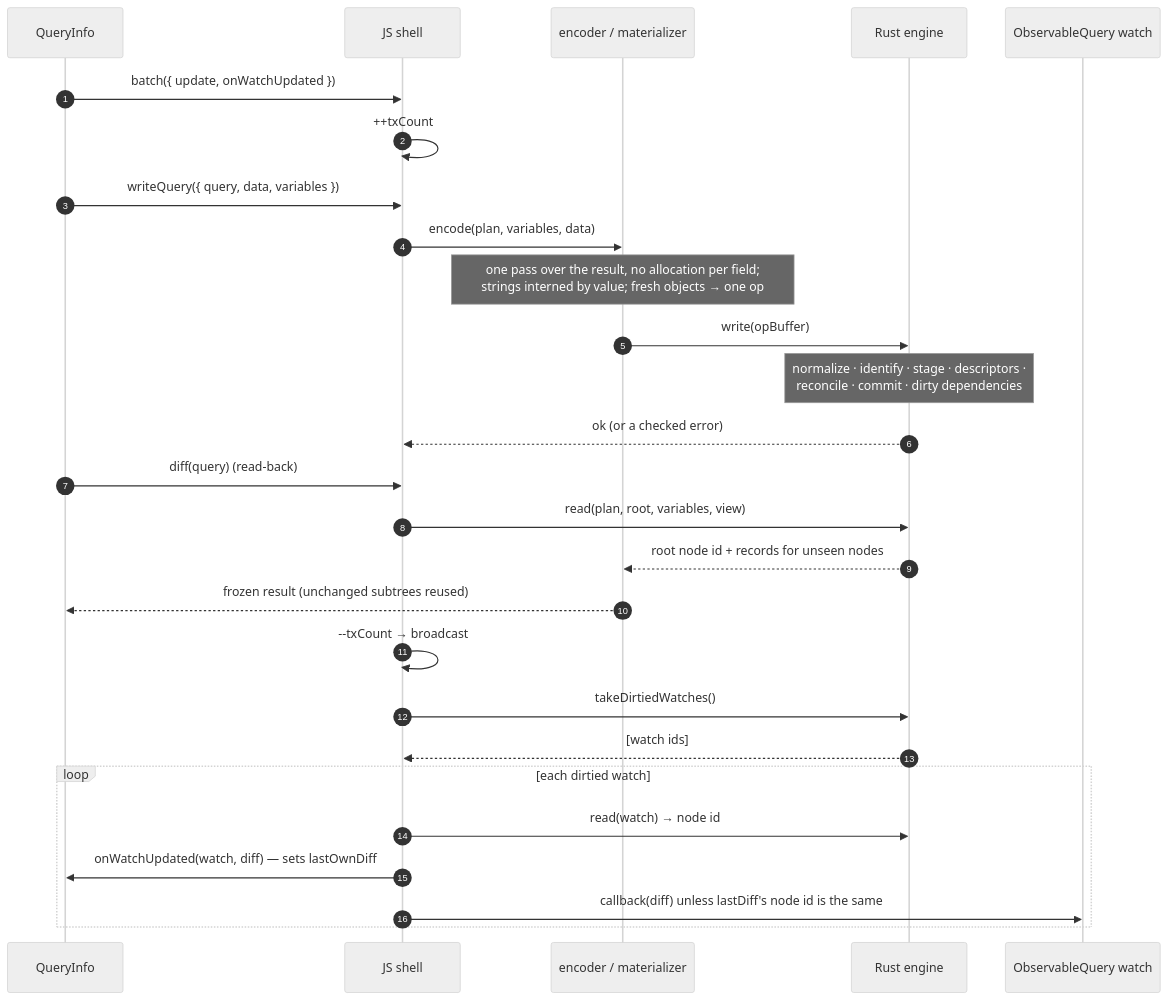
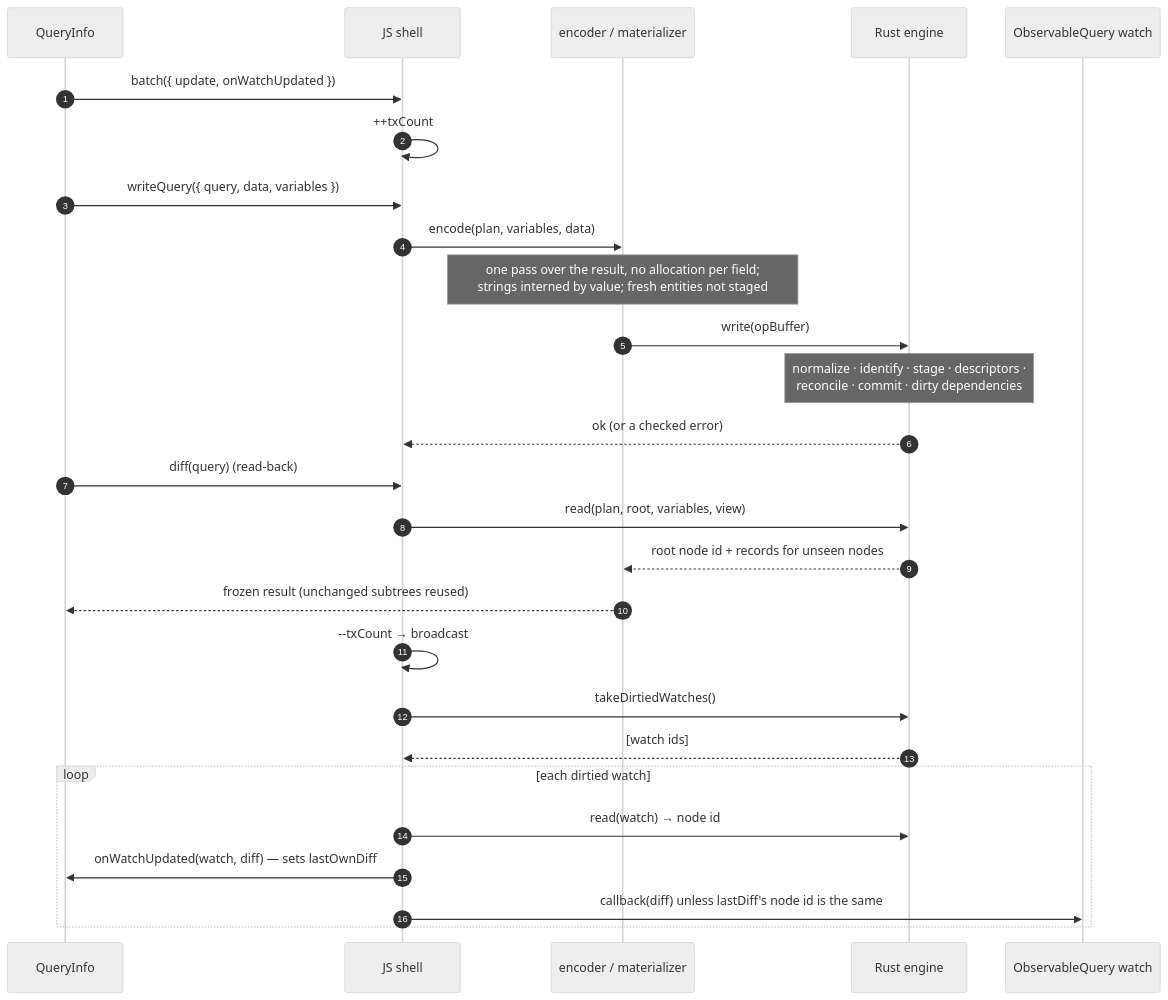
The second of 2 diagrams in docs/adr/0004-declarative-policies-rust-engine.md (convict-git/fast-gql-cache-rs), drawn with Mermaid (neutral theme) before and after one commit. The commit also changed other lines of this file and 3 other files, not shown here.

````diff
--- a/docs/adr/0004-declarative-policies-rust-engine.md
+++ b/docs/adr/0004-declarative-policies-rust-engine.md
@@ -413,30 +536,30 @@
 ```mermaid
 sequenceDiagram
     autonumber
     participant QI as QueryInfo
     participant SH as JS shell
     participant EN as encoder / materializer
     participant RS as Rust engine
     participant OQ as ObservableQuery watch
 
     QI->>SH: batch({ update, onWatchUpdated })
     SH->>SH: ++txCount
     QI->>SH: writeQuery({ query, data, variables })
     SH->>EN: encode(plan, variables, data)
-    Note over EN: one pass over the result, no allocation per field#59;<br/>strings interned by value#59; fresh objects → one op
+    Note over EN: one pass over the result, no allocation per field#59;<br/>strings interned by value#59; fresh entities not staged
     EN->>RS: write(opBuffer)
     Note over RS: normalize · identify · stage · descriptors ·<br/>reconcile · commit · dirty dependencies
     RS-->>SH: ok (or a checked error)
     QI->>SH: diff(query) (read-back)
     SH->>RS: read(plan, root, variables, view)
     RS-->>EN: root node id + records for unseen nodes
     EN-->>QI: frozen result (unchanged subtrees reused)
     SH->>SH: --txCount → broadcast
     SH->>RS: takeDirtiedWatches()
     RS-->>SH: [watch ids]
     loop each dirtied watch
         SH->>RS: read(watch) → node id
         SH->>QI: onWatchUpdated(watch, diff) — sets lastOwnDiff
         SH->>OQ: callback(diff) unless lastDiff's node id is the same
     end
 ```
````
